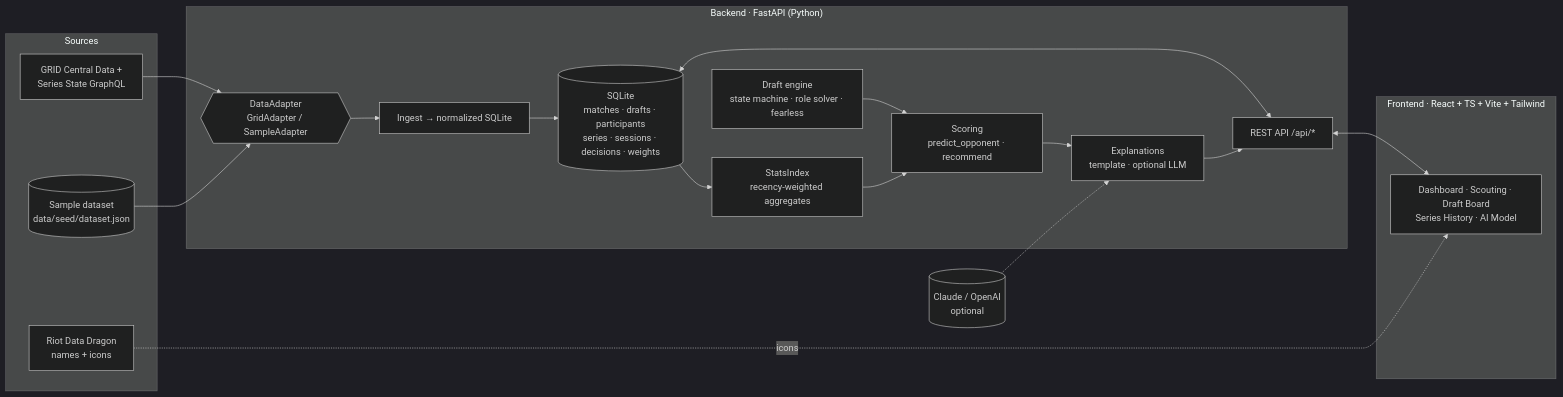
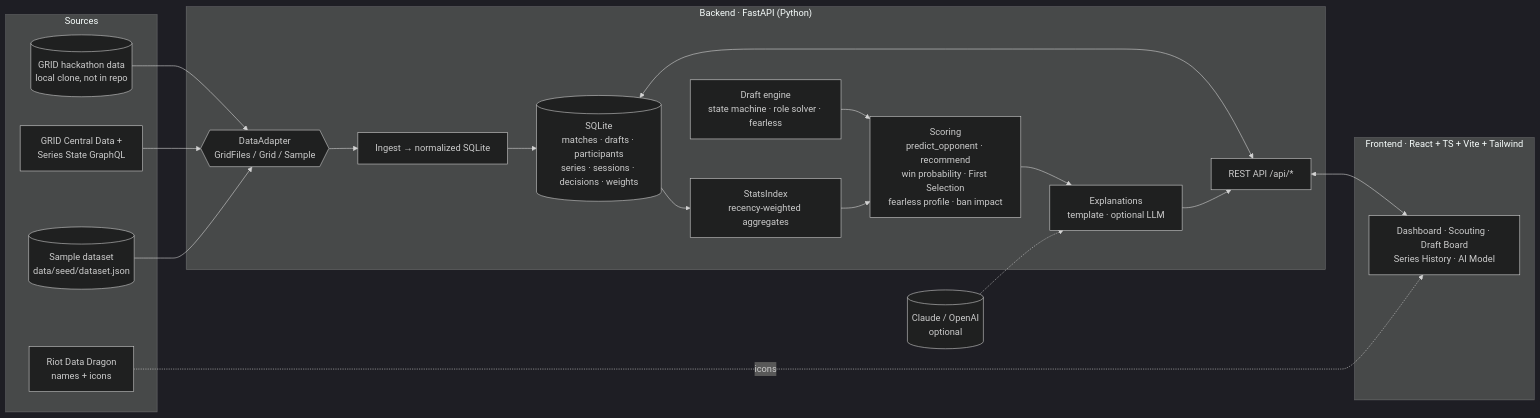
One commit to oyunkhand/draftmind changed the diagram in README.md. Above: the diagram before and after it, drawn with Mermaid (dark theme). The commit also changed other lines of this file and 4 other files, not shown here.

````diff
--- a/README.md
+++ b/README.md
@@ -91,29 +104,31 @@
 ```mermaid
 flowchart LR
   subgraph Sources
+    STL[(GRID hackathon data<br/>local clone, not in repo)]
     GRID[GRID Central Data +<br/>Series State GraphQL]
     SAMPLE[(Sample dataset<br/>data/seed/dataset.json)]
     DD[Riot Data Dragon<br/>names + icons]
   end
   subgraph Backend["Backend · FastAPI (Python)"]
-    AD{{DataAdapter<br/>GridAdapter / SampleAdapter}}
+    AD{{DataAdapter<br/>GridFiles / Grid / Sample}}
     ING[Ingest → normalized SQLite]
     DB[(SQLite<br/>matches · drafts · participants<br/>series · sessions · decisions · weights)]
     STATS[StatsIndex<br/>recency-weighted aggregates]
     ENG[Draft engine<br/>state machine · role solver · fearless]
-    SCORE[Scoring<br/>predict_opponent · recommend]
+    SCORE[Scoring<br/>predict_opponent · recommend<br/>win probability · First Selection<br/>fearless profile · ban impact]
     EXP[Explanations<br/>template · optional LLM]
     API[REST API /api/*]
   end
   subgraph Frontend["Frontend · React + TS + Vite + Tailwind"]
     UI[Dashboard · Scouting · Draft Board<br/>Series History · AI Model]
   end
+  STL --> AD
   GRID --> AD
   SAMPLE --> AD
   AD --> ING --> DB --> STATS --> SCORE
   ENG --> SCORE --> EXP --> API
   DB <--> API
   API <--> UI
   DD -.icons.-> UI
   LLM[(Claude / OpenAI<br/>optional)] -.-> EXP
 ```
````
